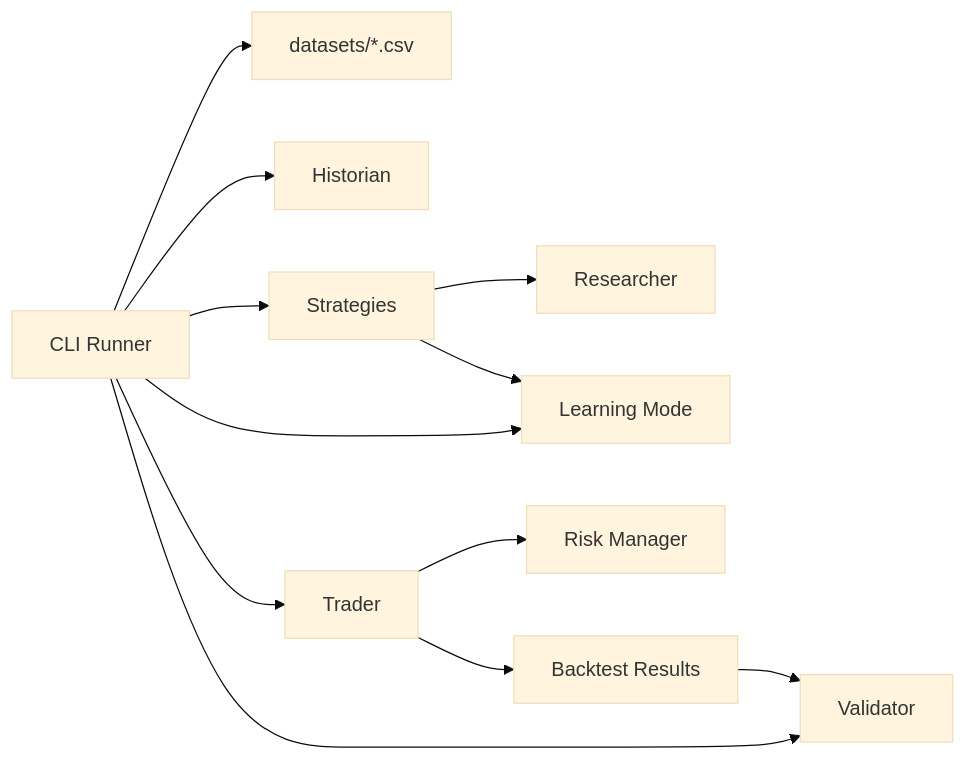
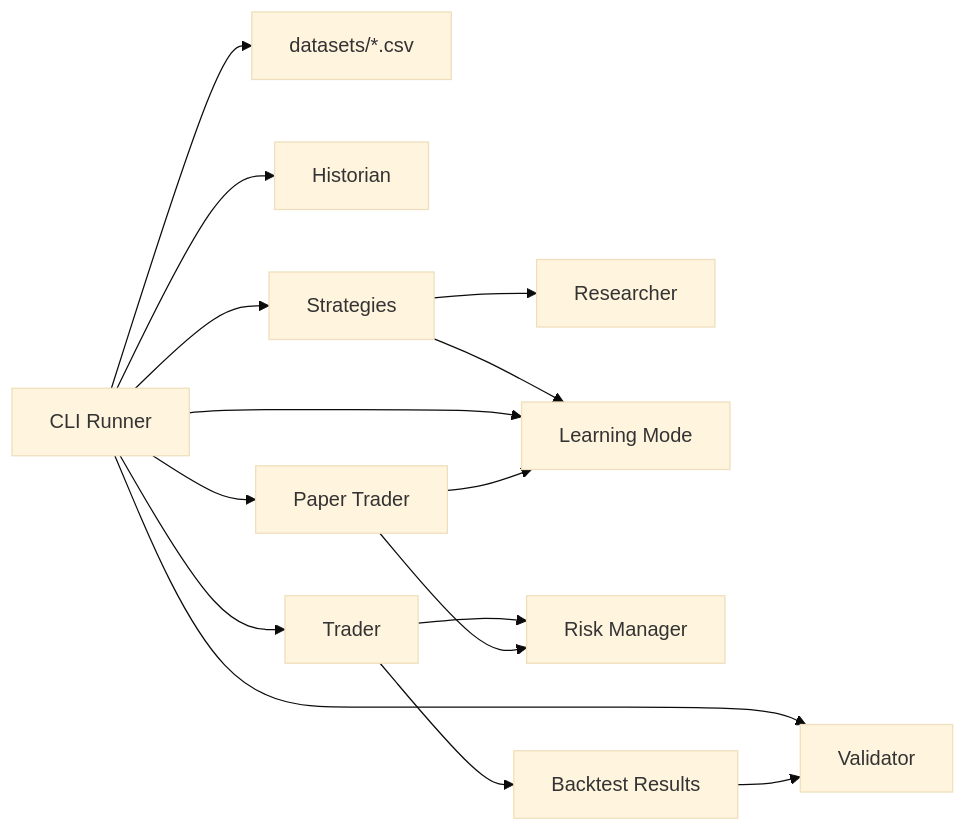
Before and after one commit to lumenXV/PTB-1: the diagram in ARCHITECTURE.md, drawn with Mermaid (base theme). The commit also changed other lines of this file and 7 other files, not shown here.

````diff
--- a/ARCHITECTURE.md
+++ b/ARCHITECTURE.md
@@ -13,14 +13,17 @@
 ```mermaid
 flowchart LR
     CLI["CLI Runner"] --> DatasetFiles["datasets/*.csv"]
     CLI --> Historian["Historian"]
     CLI --> Strategies["Strategies"]
     Strategies --> Researcher["Researcher"]
     Strategies --> Learning["Learning Mode"]
     CLI --> Learning
     CLI --> Trader["Trader"]
+    CLI --> Paper["Paper Trader"]
     Trader --> RiskManager["Risk Manager"]
+    Paper --> RiskManager
+    Paper --> Learning
     Trader --> Result["Backtest Results"]
     CLI --> Validator["Validator"]
     Result --> Validator
 ```
````
